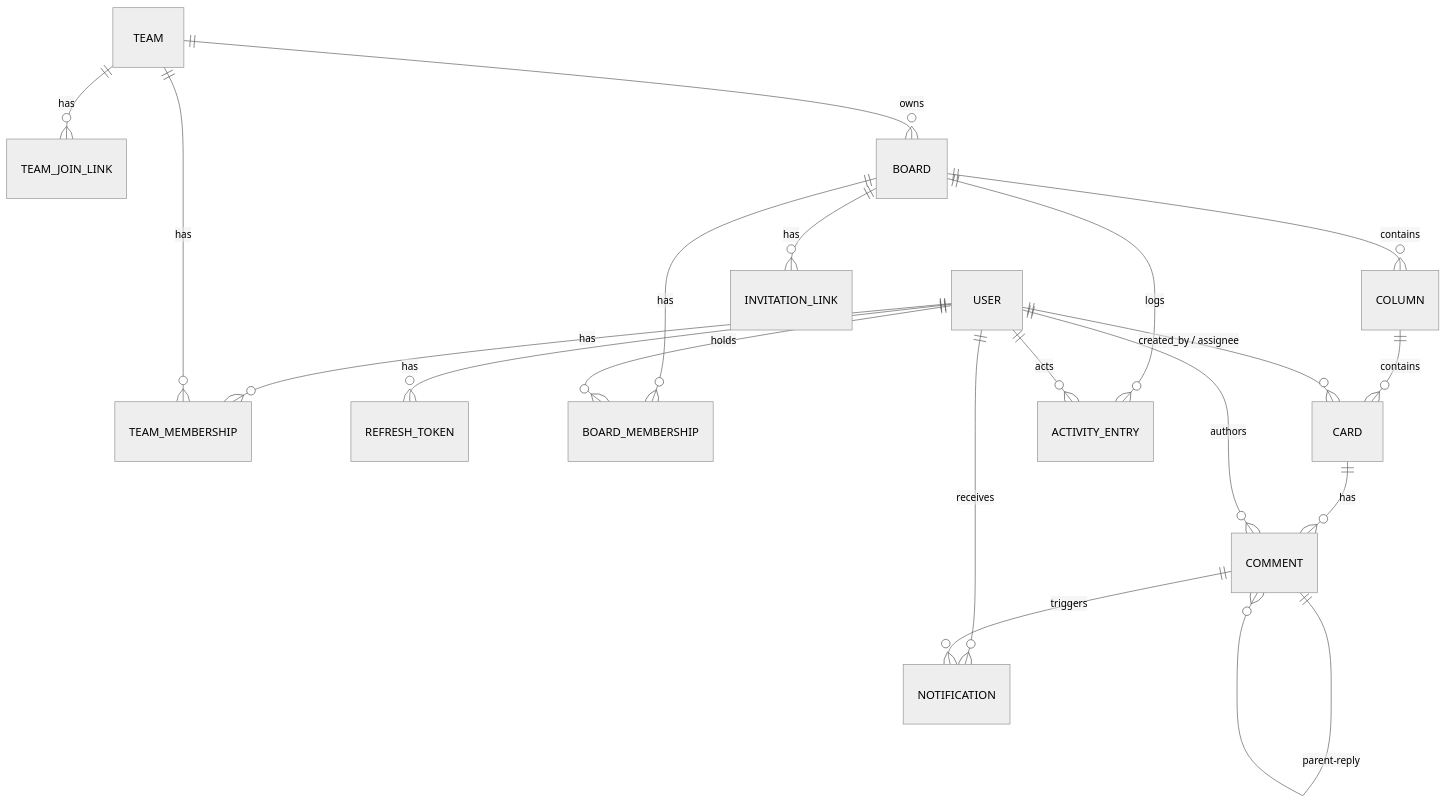
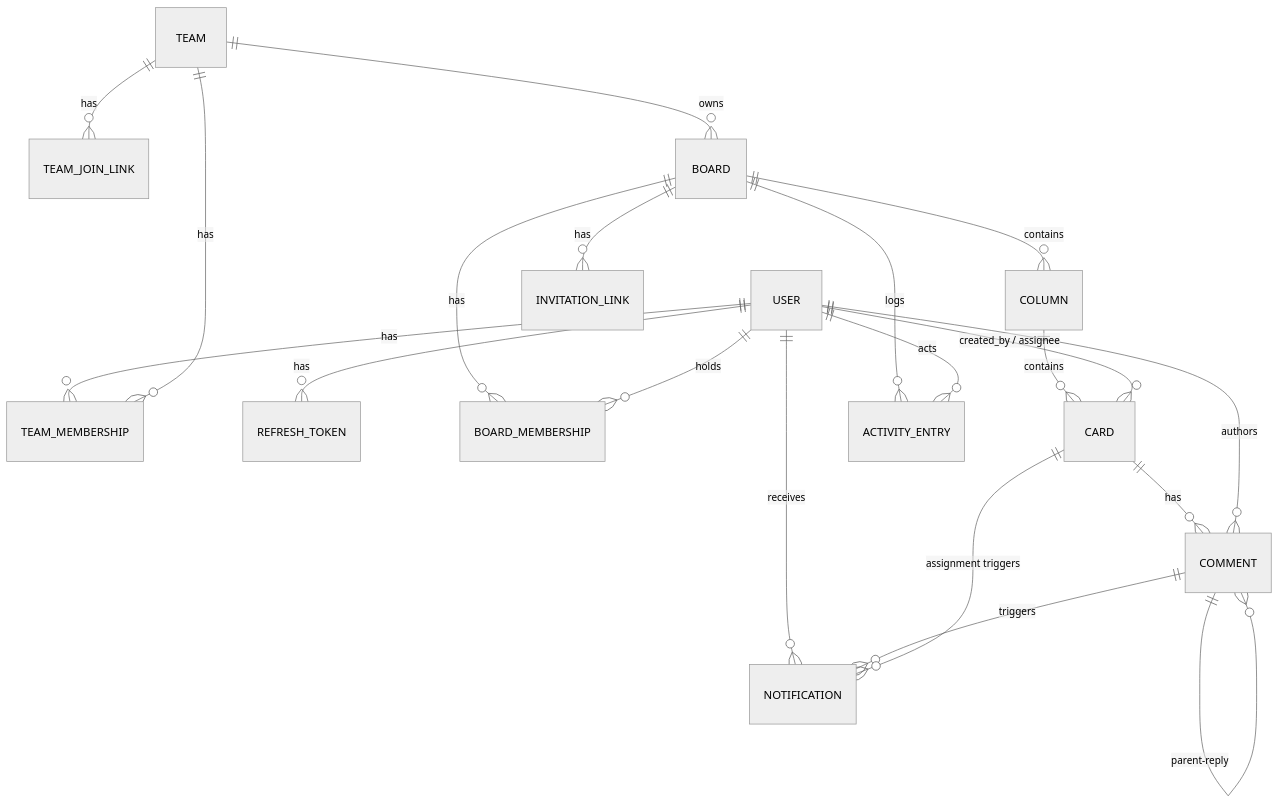
Before and after one commit to Revou-FSSE-Jun26/module-4-FarrasAF: the third of 3 diagrams in .kiro/specs/task-management-app/design.md, drawn with Mermaid (neutral theme). The commit also changed other lines of this file and 14 other files, not shown here.

First line of the commit message:
feat(checkpoint-9): add card title to mention notifications and implement card assignment notifications

````diff
--- a/.kiro/specs/task-management-app/design.md
+++ b/.kiro/specs/task-management-app/design.md
@@ -211,21 +211,22 @@
 ```mermaid
 erDiagram
     USER ||--o{ TEAM_MEMBERSHIP : has
     USER ||--o{ REFRESH_TOKEN : has
     TEAM ||--o{ TEAM_MEMBERSHIP : has
     TEAM ||--o{ TEAM_JOIN_LINK : has
     TEAM ||--o{ BOARD : owns
     BOARD ||--o{ COLUMN : contains
     BOARD ||--o{ BOARD_MEMBERSHIP : has
     USER ||--o{ BOARD_MEMBERSHIP : holds
     BOARD ||--o{ INVITATION_LINK : has
     COLUMN ||--o{ CARD : contains
     USER ||--o{ CARD : "created_by / assignee"
     CARD ||--o{ COMMENT : has
     COMMENT ||--o{ COMMENT : "parent-reply"
     USER ||--o{ COMMENT : authors
     USER ||--o{ NOTIFICATION : receives
     COMMENT ||--o{ NOTIFICATION : triggers
+    CARD ||--o{ NOTIFICATION : "assignment triggers"
     BOARD ||--o{ ACTIVITY_ENTRY : logs
     USER ||--o{ ACTIVITY_ENTRY : acts
 ```
````
